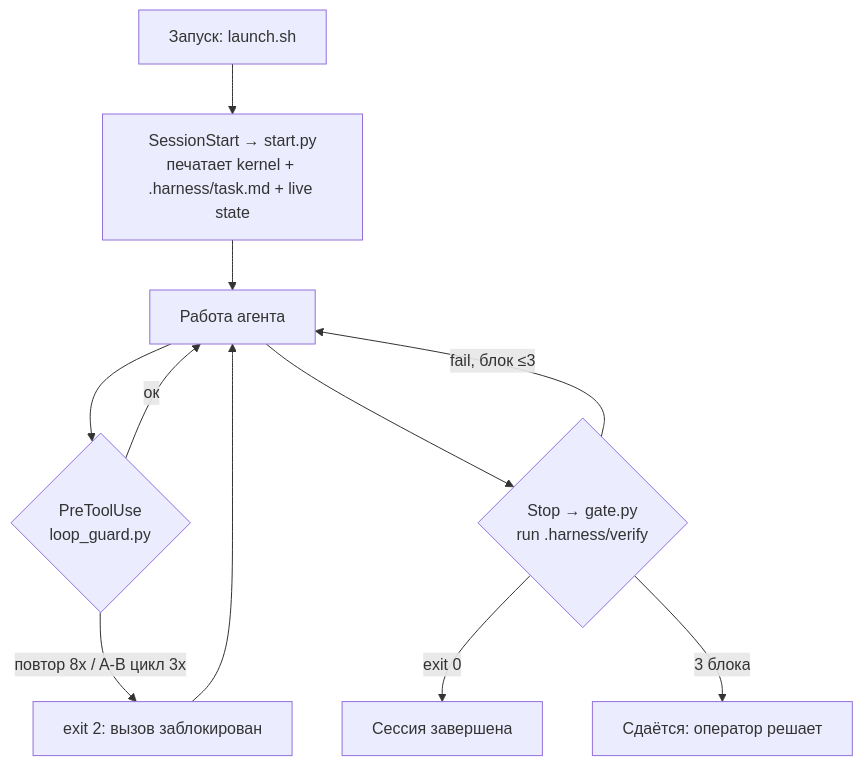
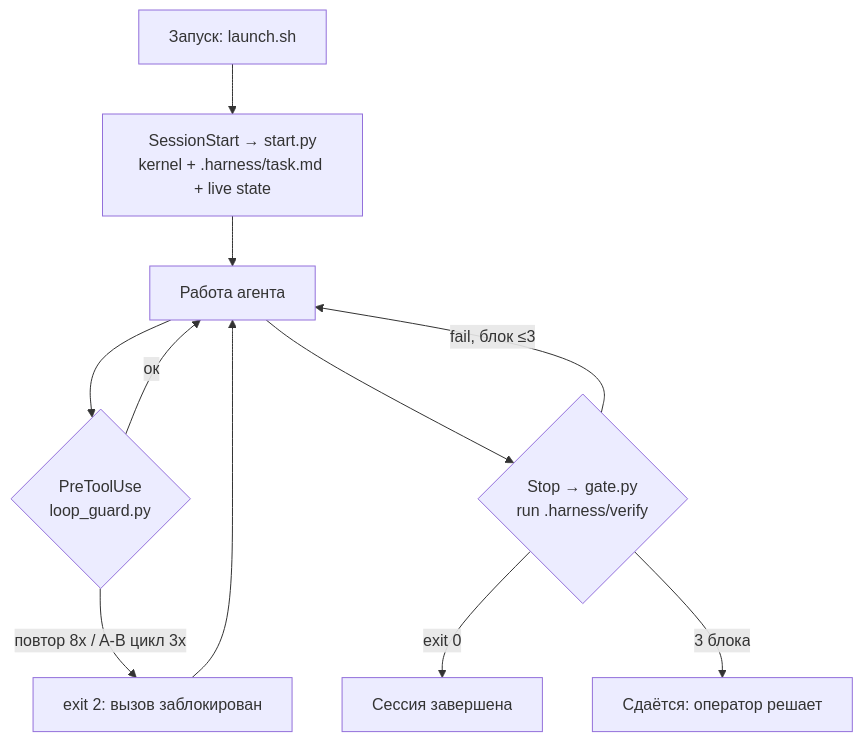
One commit to thisisspartan/harness-core-simple changed the third of 4 diagrams in README.md. Above: the diagram before and after it, drawn with Mermaid. The commit also changed other lines of this file, not shown here.

Commit message:
docs(README): вся машинерия под капотом — 7 примитивов + 4 mermaid-диаграммы

````diff
--- a/README.md
+++ b/README.md
@@ -27,13 +46,13 @@
 ```mermaid
 flowchart TD
-    A[Запуск: launch.sh] --> B["SessionStart → start.py<br/>печатает kernel + .harness/task.md + live state"]
+    A[Запуск: launch.sh] --> B["SessionStart → start.py<br/>kernel + .harness/task.md + live state"]
     B --> C[Работа агента]
     C --> D{"PreToolUse<br/>loop_guard.py"}
     D -- "повтор 8x / A-B цикл 3x" --> E[exit 2: вызов заблокирован]
     E --> C
     D -- ок --> C
     C --> F{"Stop → gate.py<br/>run .harness/verify"}
     F -- "exit 0" --> G[Сессия завершена]
     F -- "fail, блок ≤3" --> C
     F -- "3 блока" --> H[Сдаётся: оператор решает]
 ```
````
